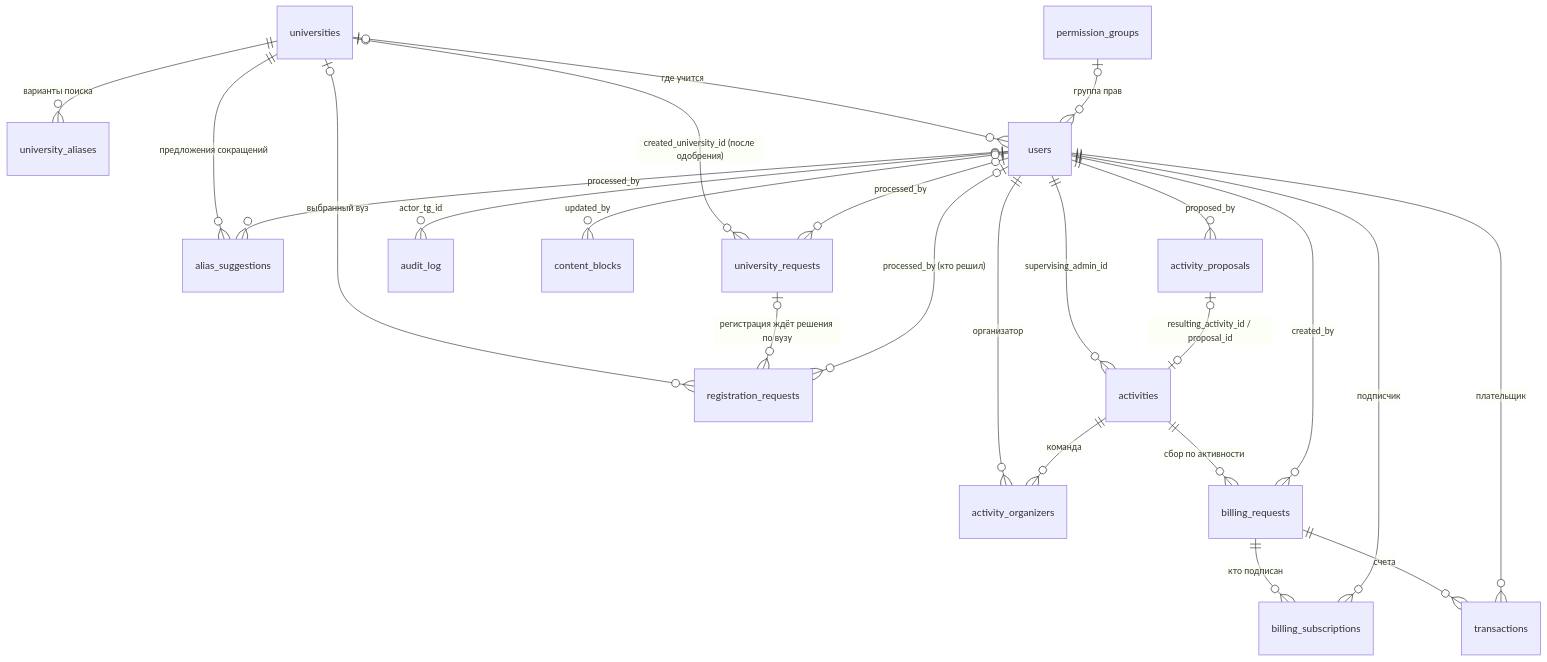
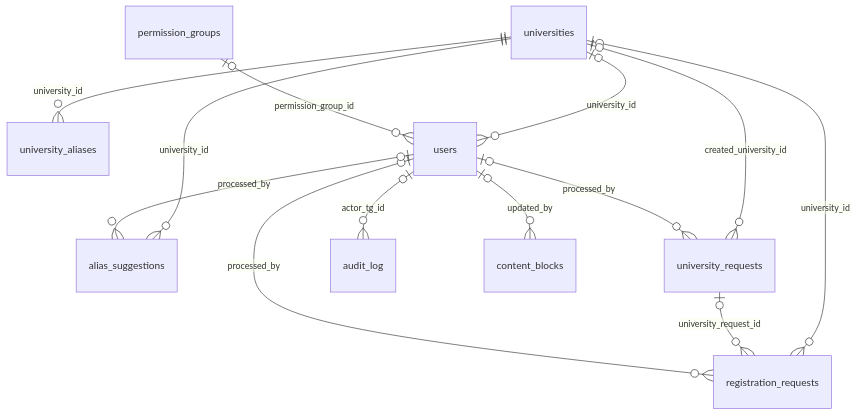
One commit to ArdenKayr/TTC changed the diagram in docs/DATABASE.md. Above: the diagram before and after it, drawn with Mermaid. The commit also changed other lines of this file and 7 other files, not shown here.

````diff
--- a/docs/DATABASE.md
+++ b/docs/DATABASE.md
@@ -13,31 +44,15 @@
 ```mermaid
 erDiagram
-    universities ||--o{ university_aliases : "варианты поиска"
-    universities ||--o{ alias_suggestions : "предложения сокращений"
-    universities |o--o{ university_requests : "created_university_id (после одобрения)"
-    universities |o--o{ users : "где учится"
-    universities |o--o{ registration_requests : "выбранный вуз"
-
-    university_requests |o--o{ registration_requests : "регистрация ждёт решения по вузу"
-
-    permission_groups |o--o{ users : "группа прав"
-
-    users |o--o{ registration_requests : "processed_by (кто решил)"
+    universities ||--o{ university_aliases : "university_id"
+    universities ||--o{ alias_suggestions : "university_id"
+    universities |o--o{ users : "university_id"
+    universities |o--o{ registration_requests : "university_id"
+    universities |o--o{ university_requests : "created_university_id"
+    university_requests |o--o{ registration_requests : "university_request_id"
+    permission_groups |o--o{ users : "permission_group_id"
+    users |o--o{ registration_requests : "processed_by"
     users |o--o{ university_requests : "processed_by"
     users |o--o{ alias_suggestions : "processed_by"
     users |o--o{ audit_log : "actor_tg_id"
     users |o--o{ content_blocks : "updated_by"
-
-    users ||--o{ activity_proposals : "proposed_by"
-    users ||--o{ activities : "supervising_admin_id"
-    users ||--o{ activity_organizers : "организатор"
-    activities ||--o{ activity_organizers : "команда"
-    activity_proposals |o--o| activities : "resulting_activity_id / proposal_id"
-
-    activities ||--o{ billing_requests : "сбор по активности"
-    users ||--o{ billing_requests : "created_by"
-    billing_requests ||--o{ billing_subscriptions : "кто подписан"
-    billing_requests ||--o{ transactions : "счета"
-    users ||--o{ billing_subscriptions : "подписчик"
-    users ||--o{ transactions : "плательщик"
 ```
````
